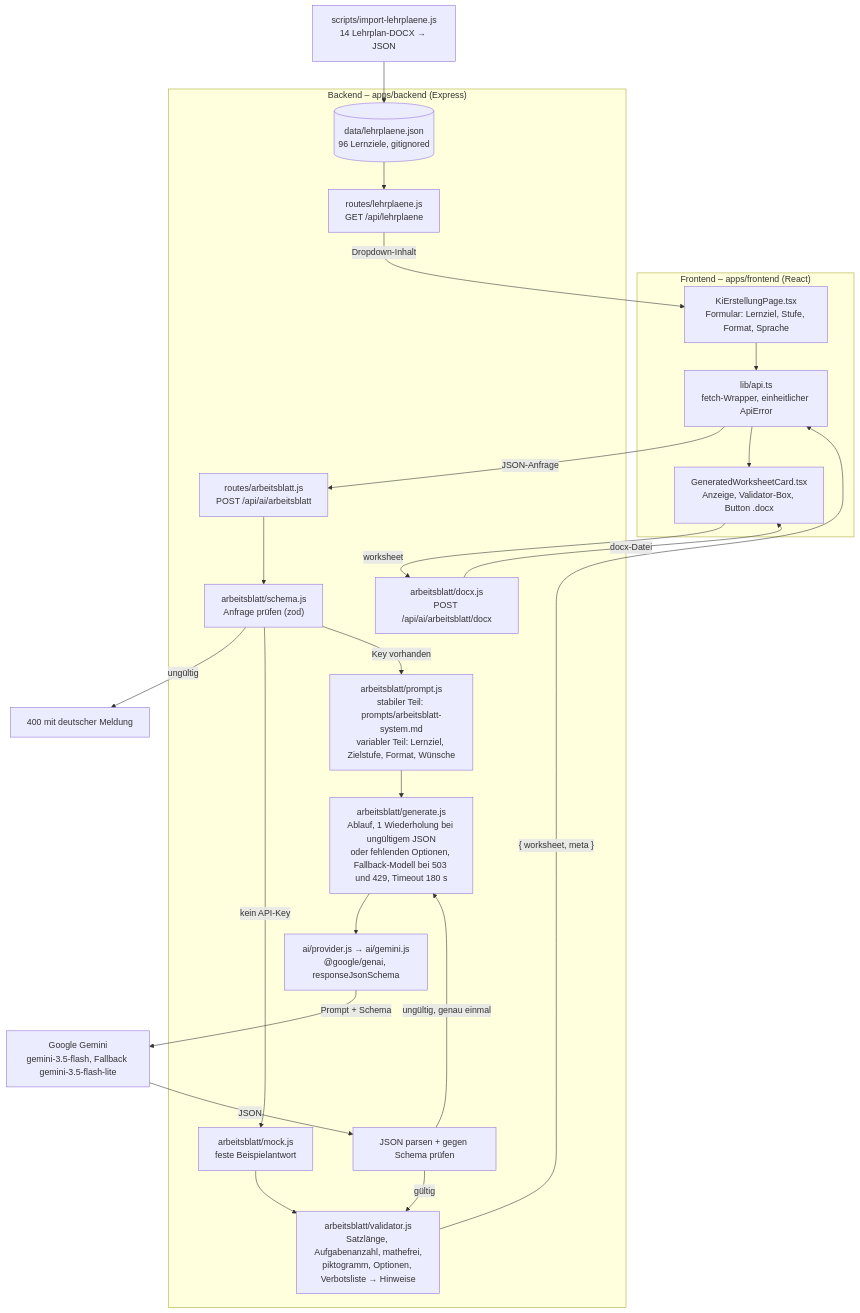
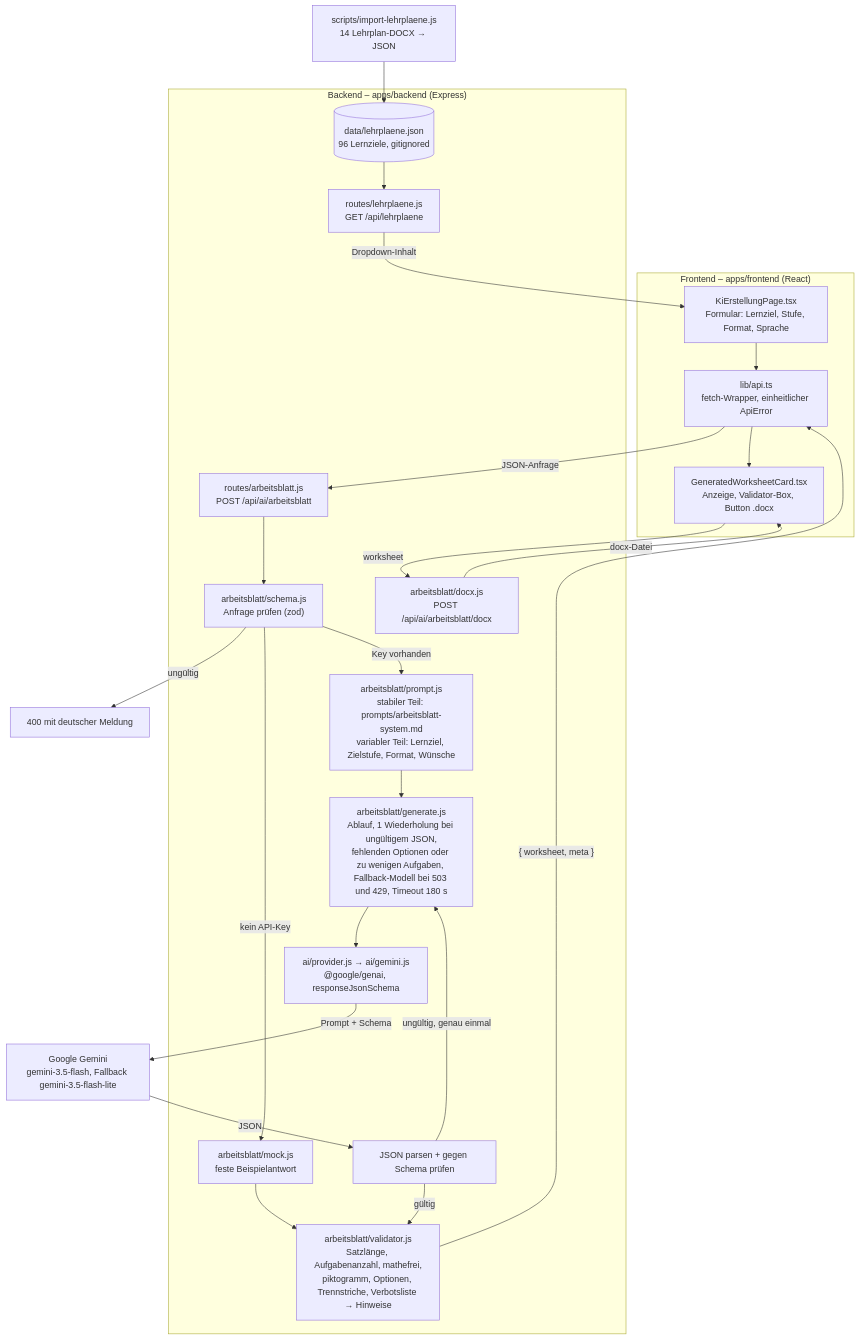
The second of 2 diagrams in docs/prototyp-ki-arbeitsblatt.md (ZipseLu/DHBW-Integrationsseminar-Bildungspark), drawn with Mermaid before and after one commit. The commit also changed other lines of this file and 6 other files, not shown here.

First line of the commit message:
BE-12, BE-14: Bei zu wenigen Aufgaben nachfragen, Trennung nur an Wortgrenzen

````diff
--- a/docs/prototyp-ki-arbeitsblatt.md
+++ b/docs/prototyp-ki-arbeitsblatt.md
@@ -48,46 +48,46 @@
 ```mermaid
 flowchart TD
     subgraph FE["Frontend – apps/frontend (React)"]
         Form["KiErstellungPage.tsx<br/>Formular: Lernziel, Stufe, Format, Sprache"]
         Api["lib/api.ts<br/>fetch-Wrapper, einheitlicher ApiError"]
         Card["GeneratedWorksheetCard.tsx<br/>Anzeige, Validator-Box, Button .docx"]
     end
 
     subgraph BE["Backend – apps/backend (Express)"]
         Route["routes/arbeitsblatt.js<br/>POST /api/ai/arbeitsblatt"]
         Schema["arbeitsblatt/schema.js<br/>Anfrage prüfen (zod)"]
         Mock["arbeitsblatt/mock.js<br/>feste Beispielantwort"]
         Prompt["arbeitsblatt/prompt.js<br/>stabiler Teil: prompts/arbeitsblatt-system.md<br/>variabler Teil: Lernziel, Zielstufe, Format, Wünsche"]
-        Gen["arbeitsblatt/generate.js<br/>Ablauf, 1 Wiederholung bei ungültigem JSON<br/>oder fehlenden Optionen, Fallback-Modell bei 503 und 429, Timeout 180 s"]
+        Gen["arbeitsblatt/generate.js<br/>Ablauf, 1 Wiederholung bei ungültigem JSON,<br/>fehlenden Optionen oder zu wenigen Aufgaben, Fallback-Modell bei 503 und 429, Timeout 180 s"]
         Prov["ai/provider.js → ai/gemini.js<br/>@google/genai, responseJsonSchema"]
         Parse["JSON parsen + gegen Schema prüfen"]
-        Val["arbeitsblatt/validator.js<br/>Satzlänge, Aufgabenanzahl, mathefrei,<br/>piktogramm, Optionen, Verbotsliste → Hinweise"]
+        Val["arbeitsblatt/validator.js<br/>Satzlänge, Aufgabenanzahl, mathefrei,<br/>piktogramm, Optionen, Trennstriche, Verbotsliste → Hinweise"]
         Docx["arbeitsblatt/docx.js<br/>POST /api/ai/arbeitsblatt/docx"]
         Lehr["routes/lehrplaene.js<br/>GET /api/lehrplaene"]
         Data[("data/lehrplaene.json<br/>96 Lernziele, gitignored")]
     end
 
     Gemini["Google Gemini<br/>gemini-3.5-flash, Fallback gemini-3.5-flash-lite"]
     Import["scripts/import-lehrplaene.js<br/>14 Lehrplan-DOCX → JSON"]
 
     Form --> Api
     Api -- "JSON-Anfrage" --> Route
     Route --> Schema
     Schema -- "ungültig" --> E400["400 mit deutscher Meldung"]
     Schema -- "kein API-Key" --> Mock
     Mock --> Val
     Schema -- "Key vorhanden" --> Prompt
     Prompt --> Gen
     Gen --> Prov
     Prov -- "Prompt + Schema" --> Gemini
     Gemini -- "JSON" --> Parse
     Parse -- "ungültig, genau einmal" --> Gen
     Parse -- "gültig" --> Val
     Val -- "{ worksheet, meta }" --> Api
     Api --> Card
     Card -- "worksheet" --> Docx
     Docx -- "docx-Datei" --> Card
     Import --> Data
     Data --> Lehr
     Lehr -- "Dropdown-Inhalt" --> Form
 ```
````
